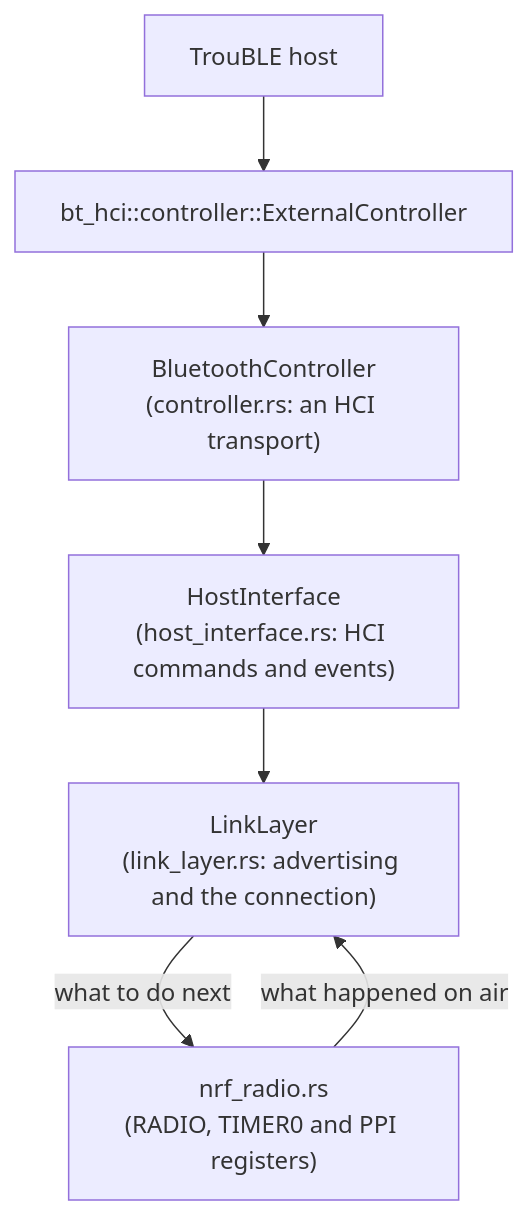
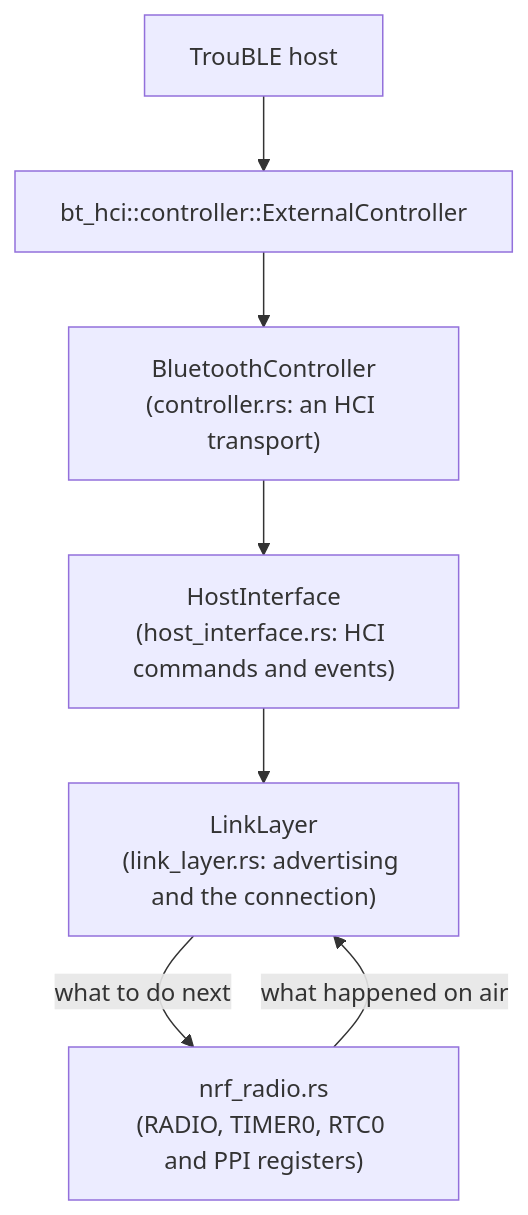
The diagram in docs/bluetooth.md (BeatLink/BattleTime), drawn with Mermaid before and after one commit. The commit also changed other lines of this file and 7 other files, not shown here.

First line of the commit message:
feat(bluetooth): sleep the crystal and TIMER0 between radio events

````diff
--- a/docs/bluetooth.md
+++ b/docs/bluetooth.md
@@ -38,13 +38,13 @@
 ```mermaid
 flowchart TB
     trouble["TrouBLE host"]
     external["bt_hci::controller::ExternalController"]
     transport["BluetoothController<br/>(controller.rs: an HCI transport)"]
     hci["HostInterface<br/>(host_interface.rs: HCI commands and events)"]
     link["LinkLayer<br/>(link_layer.rs: advertising and the connection)"]
-    radio["nrf_radio.rs<br/>(RADIO, TIMER0 and PPI registers)"]
+    radio["nrf_radio.rs<br/>(RADIO, TIMER0, RTC0 and PPI registers)"]
 
     trouble --> external --> transport --> hci --> link
     radio -- "what happened on air" --> link
     link -- "what to do next" --> radio
 ```
````
